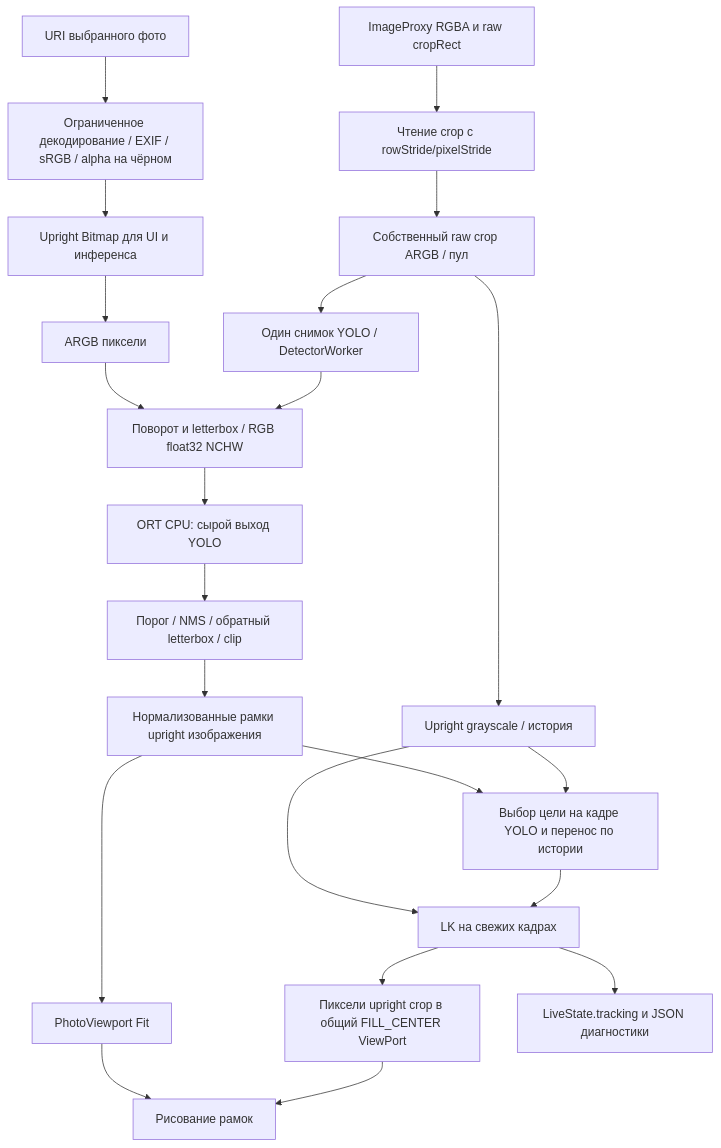
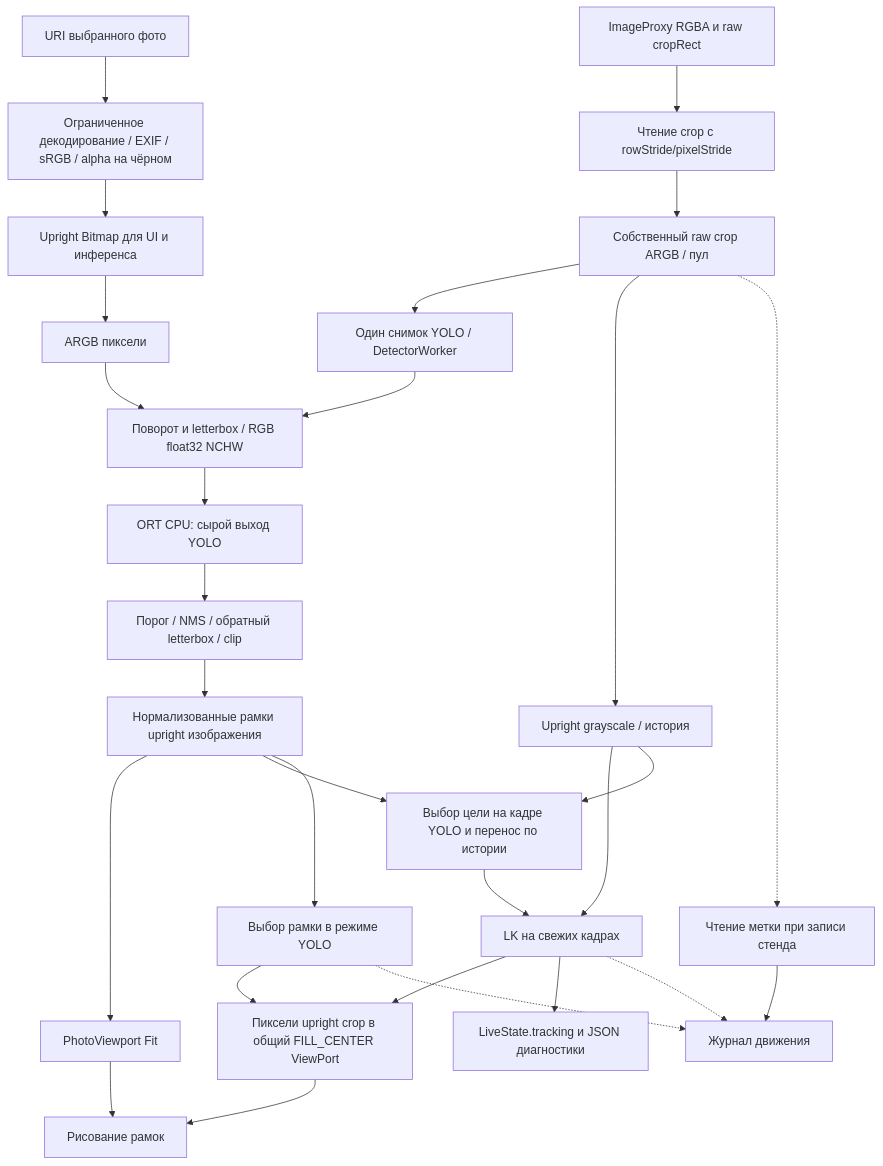
Before and after one commit to Kr1st10/drone-cv-android-prototype: the diagram in docs/architecture/data-flow.md, drawn with Mermaid. The commit also changed other lines of this file and 25 other files, not shown here.

````diff
--- a/docs/architecture/data-flow.md
+++ b/docs/architecture/data-flow.md
@@ -7,24 +7,30 @@
 ```mermaid
 flowchart TD
     P[URI выбранного фото] --> D[Ограниченное декодирование / EXIF / sRGB / alpha на чёрном]
     D --> B[Upright Bitmap для UI и инференса]
     B --> A[ARGB пиксели]
     C[ImageProxy RGBA и raw cropRect] --> R[Чтение crop с rowStride/pixelStride]
     R --> A2[Собственный raw crop ARGB / пул]
     A --> Pre[Поворот и letterbox / RGB float32 NCHW]
     A2 --> Queue[Один снимок YOLO / DetectorWorker]
     A2 --> Gray[Upright grayscale / история]
     Gray --> Track[LK на свежих кадрах]
     Queue --> Pre
     Pre --> ORT[ORT CPU: сырой выход YOLO]
     ORT --> Post[Порог / NMS / обратный letterbox / clip]
     Post --> Norm[Нормализованные рамки upright изображения]
     Norm --> Photo[PhotoViewport Fit]
     Norm --> Correct[Выбор цели на кадре YOLO и перенос по истории]
     Gray --> Correct
     Correct --> Track
     Track --> Camera[Пиксели upright crop в общий FILL_CENTER ViewPort]
     Track --> Signal[LiveState.tracking и JSON диагностики]
+    Norm --> Baseline[Выбор рамки в режиме YOLO]
+    Baseline --> Camera
+    A2 -.-> Marker[Чтение метки при записи стенда]
+    Marker --> MotionLog[Журнал движения]
+    Track -.-> MotionLog
+    Baseline -.-> MotionLog
     Photo --> Draw[Рисование рамок]
     Camera --> Draw
 ```
````
